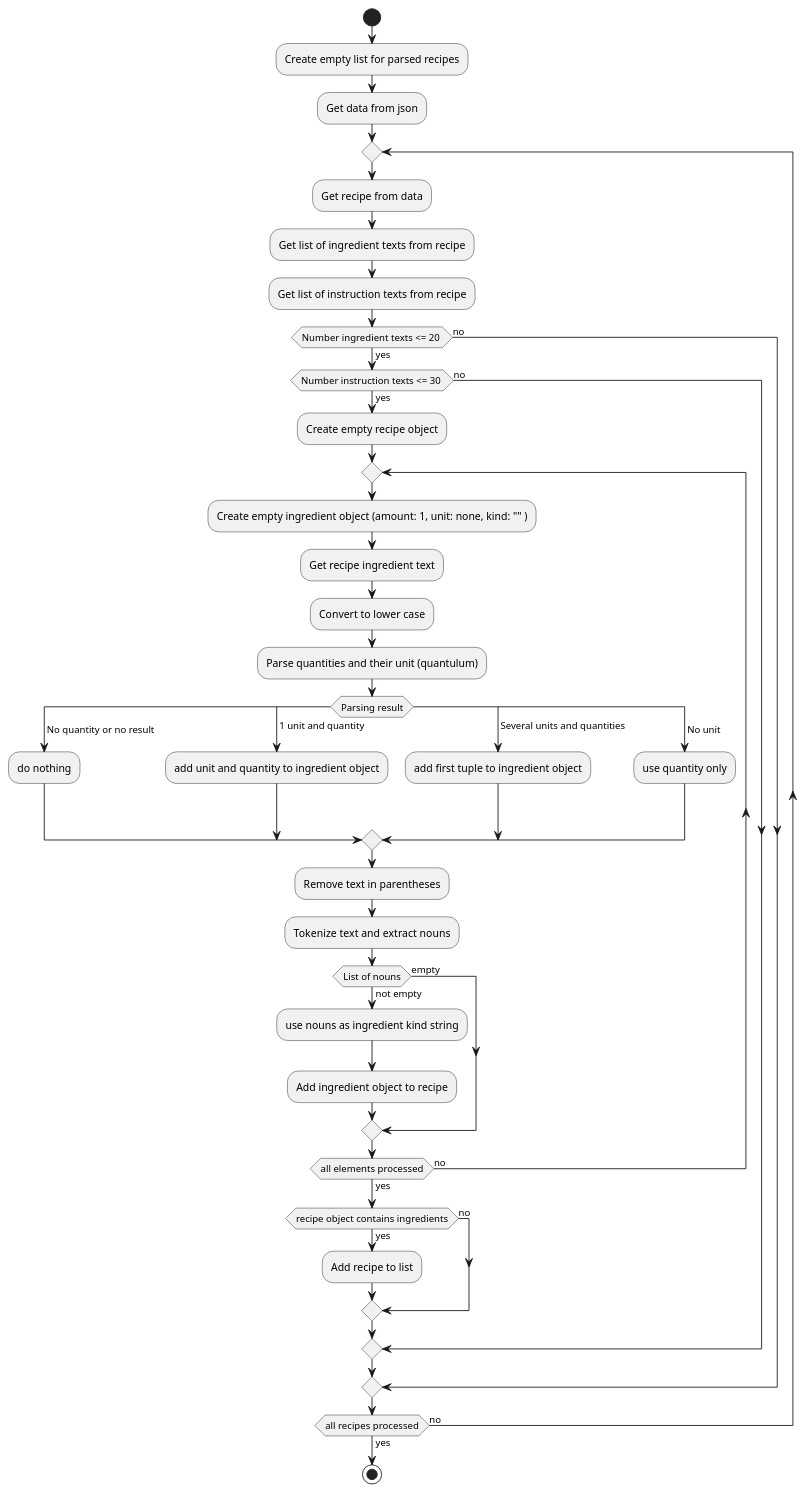
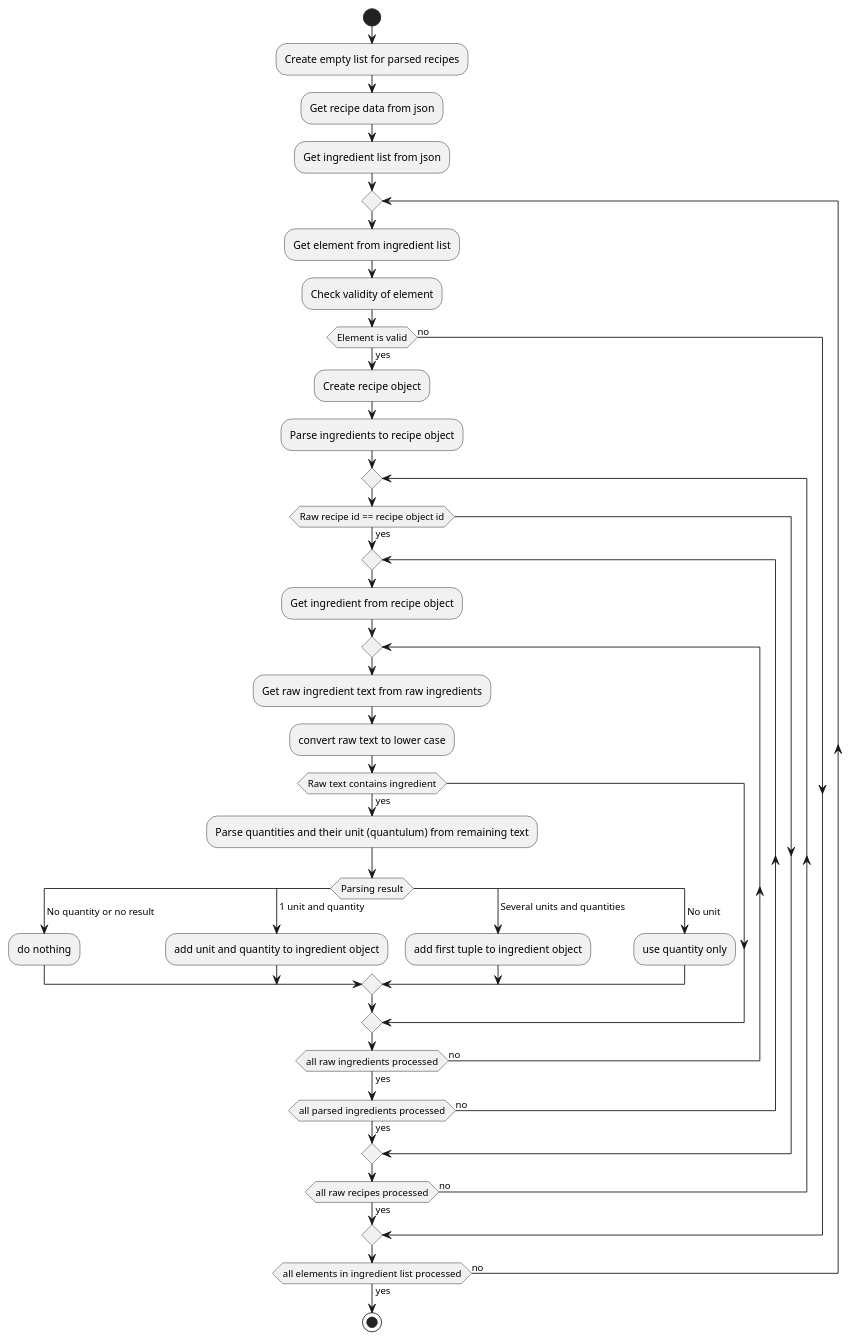
The diagram in data/recipe1M/parser/parser.puml (mscholl96/mad-recime), drawn with PlantUML before and after one commit. The commit also changed 2 other files, not shown here.

Commit message:
#12 Parsing with the help of pre parsed ingredient list

```diff
--- a/data/recipe1M/parser/parser.puml
+++ b/data/recipe1M/parser/parser.puml
@@ -1,45 +1,40 @@
 @startuml
 start
 :Create empty list for parsed recipes;
-:Get data from json;
+:Get recipe data from json;
+:Get ingredient list from json;
 repeat
-    :Get recipe from data;
-    :Get list of ingredient texts from recipe;
-    :Get list of instruction texts from recipe;
-    if (Number ingredient texts <= 20 ) then (yes)
-        if (Number instruction texts <= 30 ) then (yes)
-            :Create empty recipe object;
+    :Get element from ingredient list;
+    :Check validity of element;
+    if (Element is valid) then (yes)
+            :Create recipe object;
+            :Parse ingredients to recipe object;
             repeat
-                :Create empty ingredient object (amount: 1, unit: none, kind: "" );
-                :Get recipe ingredient text;
-                :Convert to lower case;
-                :Parse quantities and their unit (quantulum);
-                switch (Parsing result)
-                    case ( No quantity or no result )
-                        :do nothing;
-                    case ( 1 unit and quantity )
-                        :add unit and quantity to ingredient object;
-                    case ( Several units and quantities) 
-                        :add first tuple to ingredient object;
-                    case ( No unit)
-                        :use quantity only;
-                endswitch
-                :Remove text in parentheses;
-                :Tokenize text and extract nouns;
-                if (List of nouns) then (empty)
-                else (not empty)
-                    :use nouns as ingredient kind string;
-                    :Add ingredient object to recipe;
+                if (Raw recipe id == recipe object id) then (yes)
+                    repeat
+                        :Get ingredient from recipe object;
+                        repeat
+                            :Get raw ingredient text from raw ingredients;
+                            :convert raw text to lower case;
+                            if (Raw text contains ingredient) then (yes)
+                                :Parse quantities and their unit (quantulum) from remaining text;
+                                switch (Parsing result)
+                                    case ( No quantity or no result )
+                                        :do nothing;
+                                    case ( 1 unit and quantity )
+                                        :add unit and quantity to ingredient object;
+                                    case ( Several units and quantities) 
+                                        :add first tuple to ingredient object;
+                                    case ( No unit)
+                                        :use quantity only;
+                                endswitch
+                            endif
+                        repeat while (all raw ingredients processed) is (no) not (yes)
+                    repeat while (all parsed ingredients processed) is (no) not (yes)
                 endif
-            repeat while (all elements processed) is (no) not (yes)
-            if (recipe object contains ingredients) then (yes)
-                :Add recipe to list;
-            else (no)
-            endif
-            else (no)
-        endif
+            repeat while (all raw recipes processed) is (no) not (yes)
     else (no)
     endif
-repeat while (all recipes processed) is (no) not (yes)
+repeat while (all elements in ingredient list processed) is (no) not (yes)
 stop
 @enduml
```
